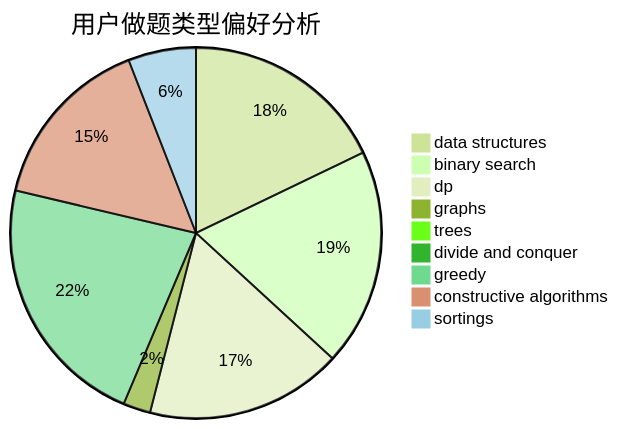
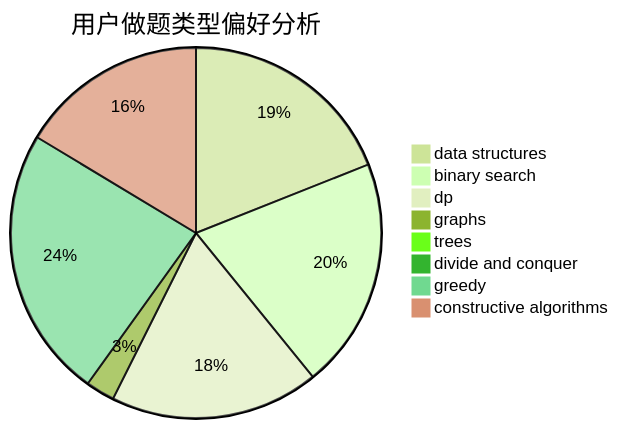
One commit to sherpahu/cfrs.github.io changed the second of 3 diagrams in docs/user/u246.md. Above: the diagram before and after it, drawn with Mermaid (forest theme). The commit also changed other lines of this file and 2769 other files, not shown here.

````diff
--- a/docs/user/u246.md
+++ b/docs/user/u246.md
@@ -18,12 +18,11 @@
 ```mermaid
 pie title 用户做题类型偏好分析
     "data structures" :  465
     "binary search" :  494
     "dp" :  447
     "graphs" :  62
     "trees" :  0
     "divide and conquer" :  0
     "greedy" :  581
     "constructive algorithms" :  401
-    "sortings" :  154
 ```
````
